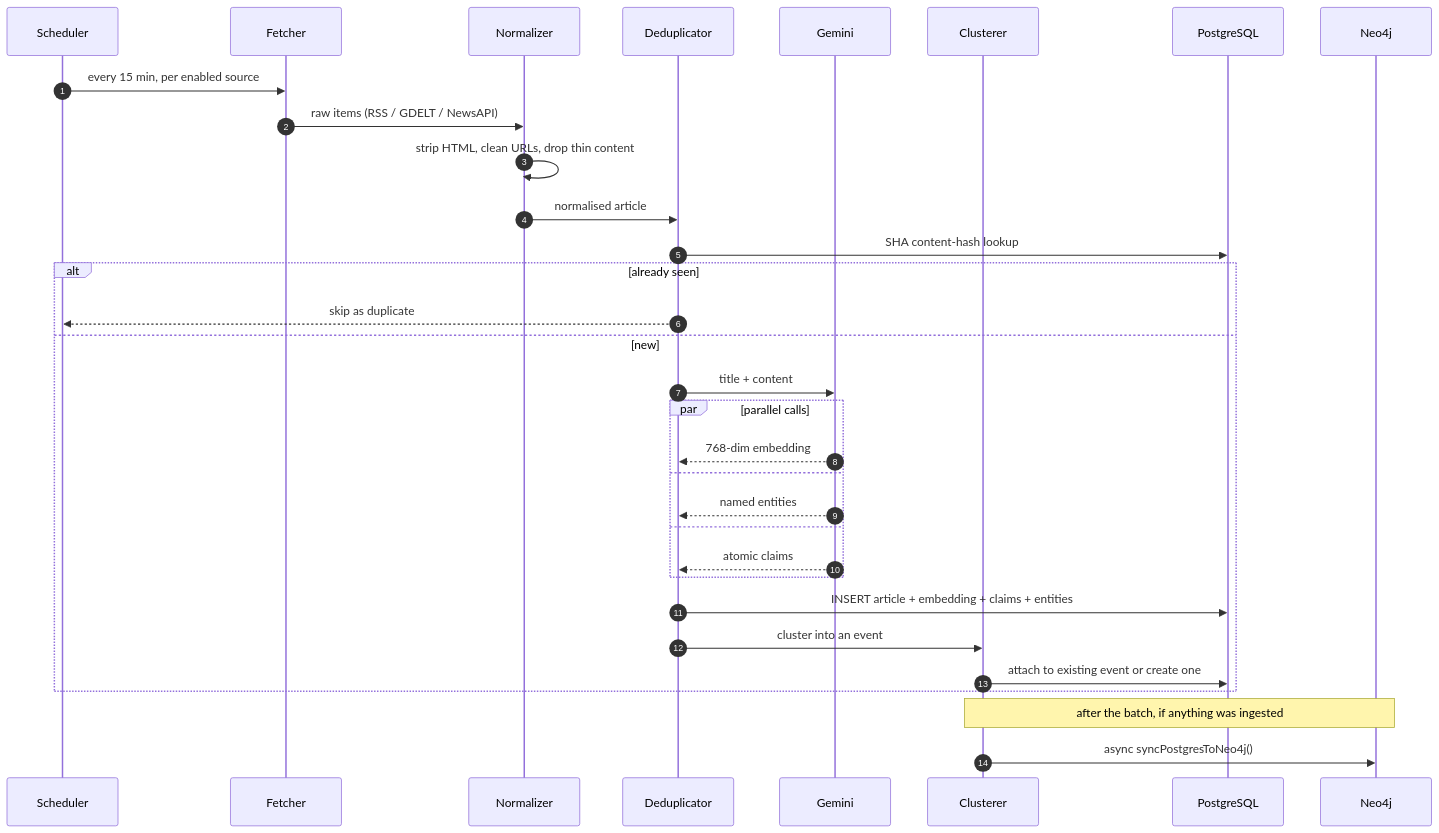
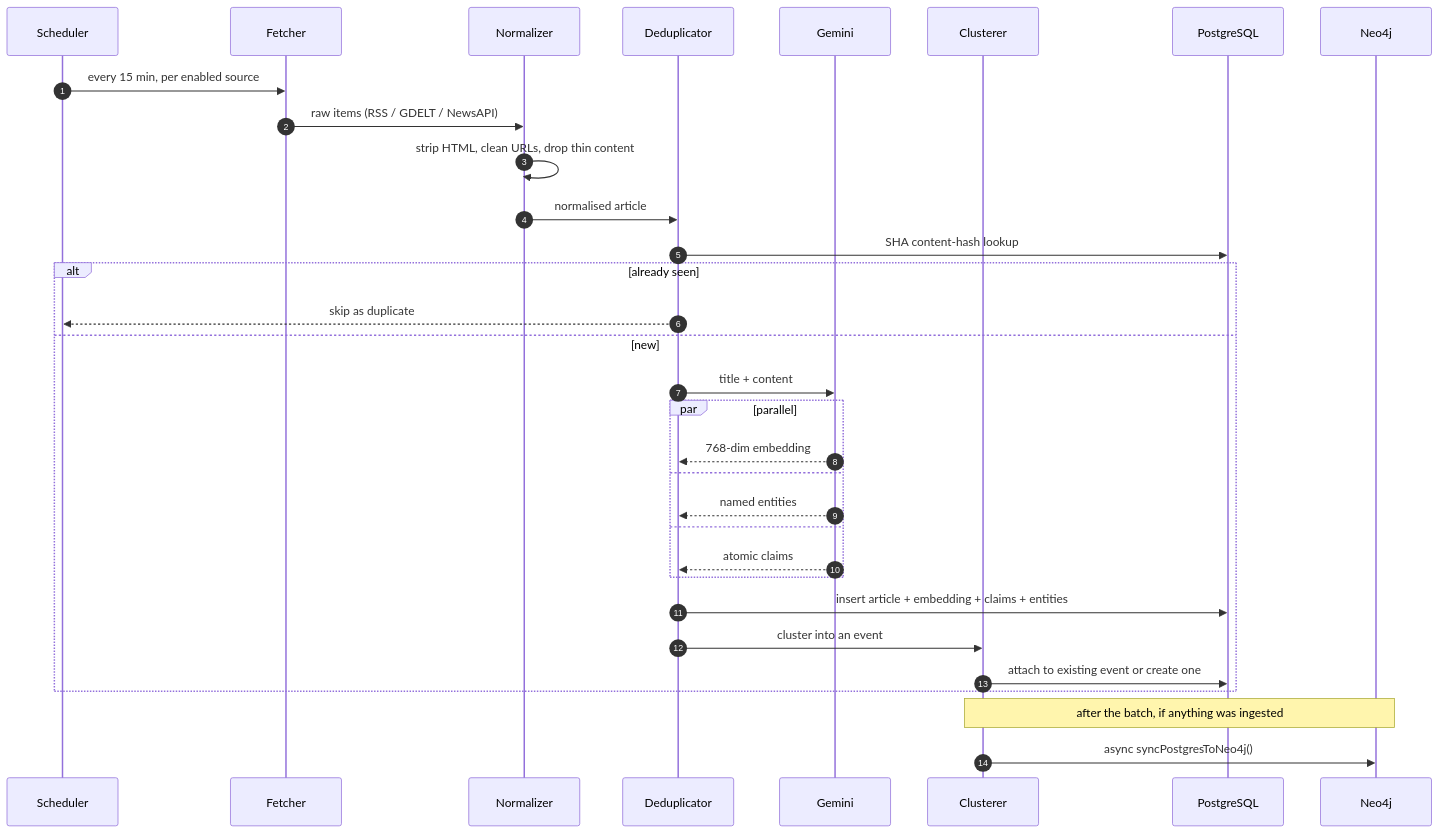
One commit to xeevees-lab/pramana changed the fifth of 7 diagrams in README.md. Above: the diagram before and after it, drawn with Mermaid. The commit also changed other lines of this file, not shown here.

````diff
--- a/README.md
+++ b/README.md
@@ -205,35 +292,35 @@
 ```mermaid
 sequenceDiagram
     autonumber
     participant S as Scheduler
     participant F as Fetcher
     participant N as Normalizer
     participant D as Deduplicator
     participant G as Gemini
     participant C as Clusterer
     participant PG as PostgreSQL
     participant NEO as Neo4j
 
     S->>F: every 15 min, per enabled source
     F->>N: raw items (RSS / GDELT / NewsAPI)
     N->>N: strip HTML, clean URLs, drop thin content
     N->>D: normalised article
     D->>PG: SHA content-hash lookup
     alt already seen
         D-->>S: skip as duplicate
     else new
         D->>G: title + content
-        par parallel calls
+        par parallel
             G-->>D: 768-dim embedding
         and
             G-->>D: named entities
         and
             G-->>D: atomic claims
         end
-        D->>PG: INSERT article + embedding + claims + entities
+        D->>PG: insert article + embedding + claims + entities
         D->>C: cluster into an event
         C->>PG: attach to existing event or create one
     end
     Note over C,NEO: after the batch, if anything was ingested
     C->>NEO: async syncPostgresToNeo4j()
 ```
````
